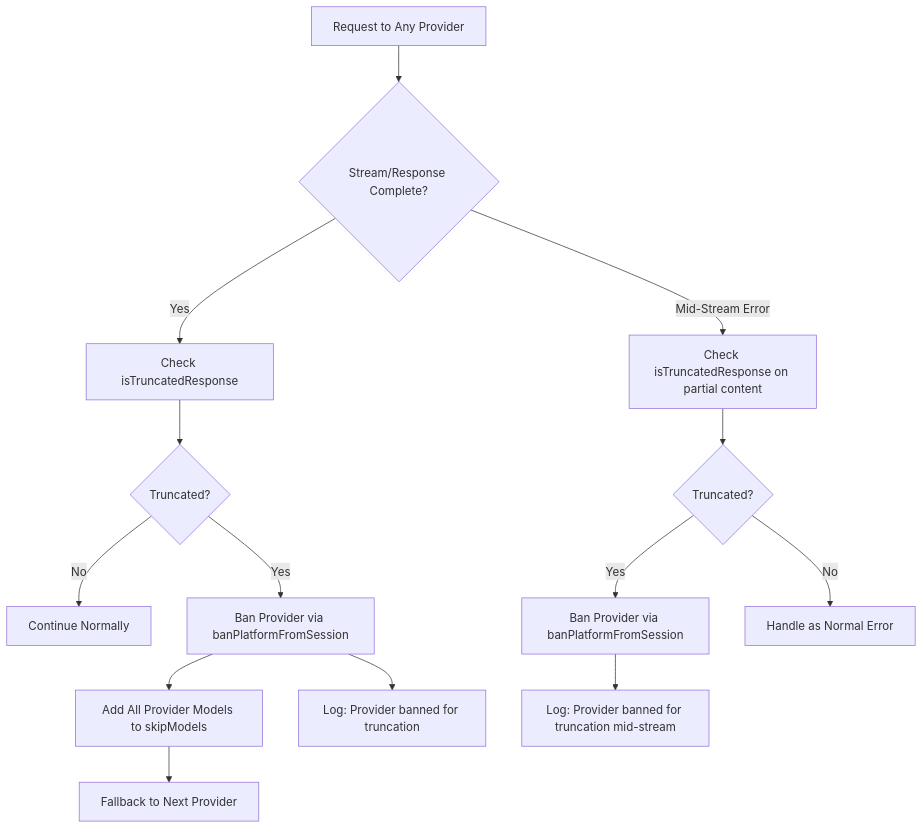
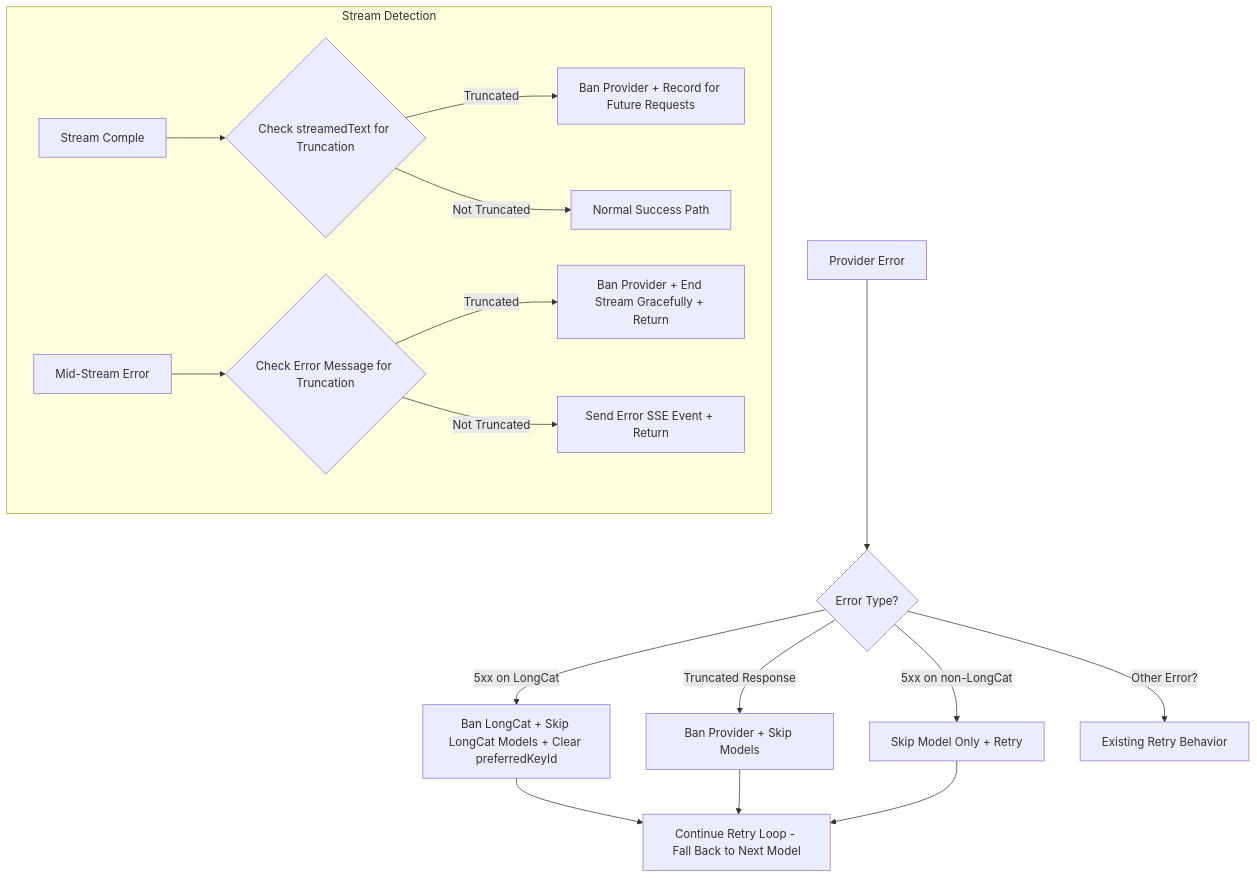
One commit to airi-os/api-llm-localhost changed the second of 3 diagrams in .roo/specs/provider-5xx-session-ban/design.md. Above: the diagram before and after it, drawn with Mermaid. The commit also changed other lines of this file and 10 other files, not shown here.

````diff
--- a/.roo/specs/provider-5xx-session-ban/design.md
+++ b/.roo/specs/provider-5xx-session-ban/design.md
@@ -429,16 +224,21 @@
 ```mermaid
 flowchart TD
-    REQ[Request to Any Provider] --> COMPLETE{Stream/Response Complete?}
-    COMPLETE -->|Yes| CHECK[Check isTruncatedResponse]
-    CHECK --> TRUNC{Truncated?}
-    TRUNC -->|No| DONE[Continue Normally]
-    TRUNC -->|Yes| BAN[Ban Provider via banPlatformFromSession]
-    BAN --> SKIP[Add All Provider Models to skipModels]
-    BAN --> LOG[Log: Provider banned for truncation]
-    SKIP --> FALLBACK[Fallback to Next Provider]
-    COMPLETE -->|Mid-Stream Error| MCHECK[Check isTruncatedResponse on partial content]
-    MCHECK --> MTRUNC{Truncated?}
-    MTRUNC -->|Yes| MBAN[Ban Provider via banPlatformFromSession]
-    MTRUNC -->|No| MERR[Handle as Normal Error]
-    MBAN --> MLOG[Log: Provider banned for truncation mid-stream]
+    ERR[Provider Error] --> TYPE{Error Type?}
+    TYPE -->|5xx on LongCat| BAN1[Ban LongCat + Skip LongCat Models + Clear preferredKeyId]
+    TYPE -->|5xx on non-LongCat| SKIP[Skip Model Only + Retry]
+    TYPE -->|Truncated Response| BAN2[Ban Provider + Skip Models]
+    TYPE -->|Other Error?| EXIST[Existing Retry Behavior]
+
+    BAN1 --> RETRY[Continue Retry Loop - Fall Back to Next Model]
+    BAN2 --> RETRY
+    SKIP --> RETRY
+
+    subgraph Stream Detection
+        STREAM[Stream Comple] --> CHECK{Check streamedText for Truncation}
+        CHECK -->|Truncated| BAN3[Ban Provider + Record for Future Requests]
+        CHECK -->|Not Truncated| SUCCESS[Normal Success Path]
+        MID[Mid-Stream Error] --> CHECK2{Check Error Message for Truncation}
+        CHECK2 -->|Truncated| BAN4[Ban Provider + End Stream Gracefully + Return]
+        CHECK2 -->|Not Truncated| ERRSEND[Send Error SSE Event + Return]
+    end
 ```
````
